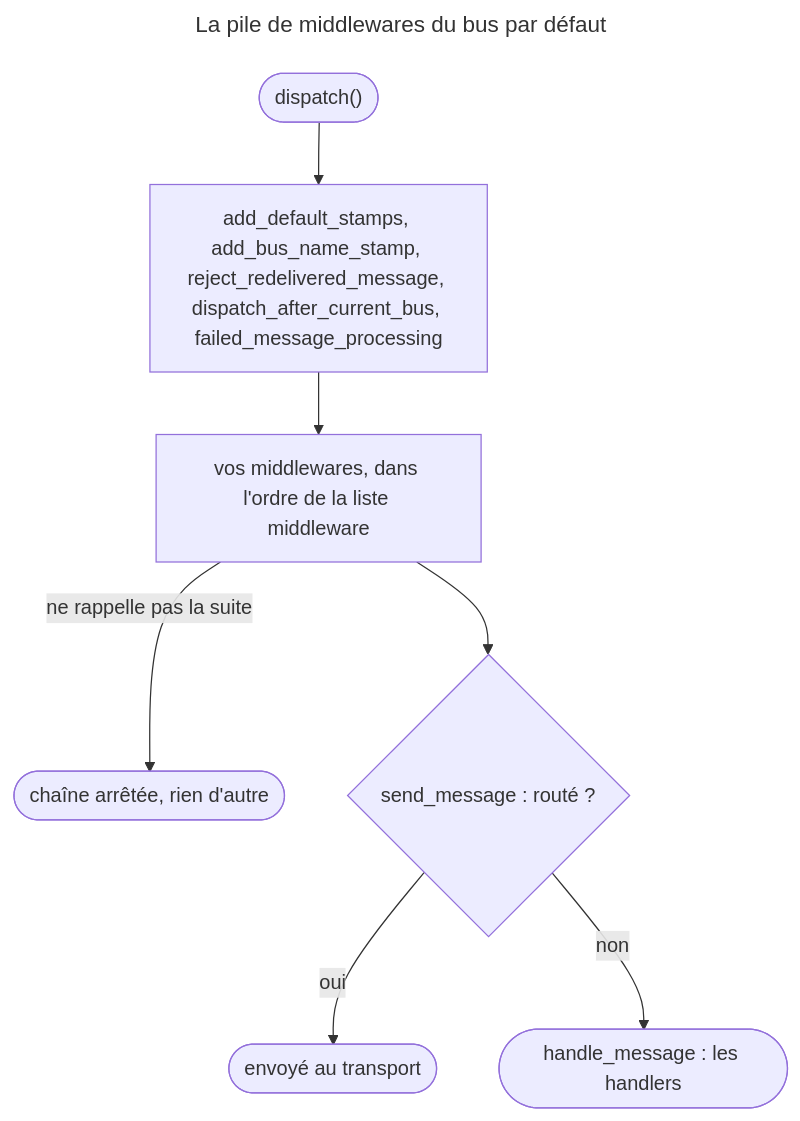
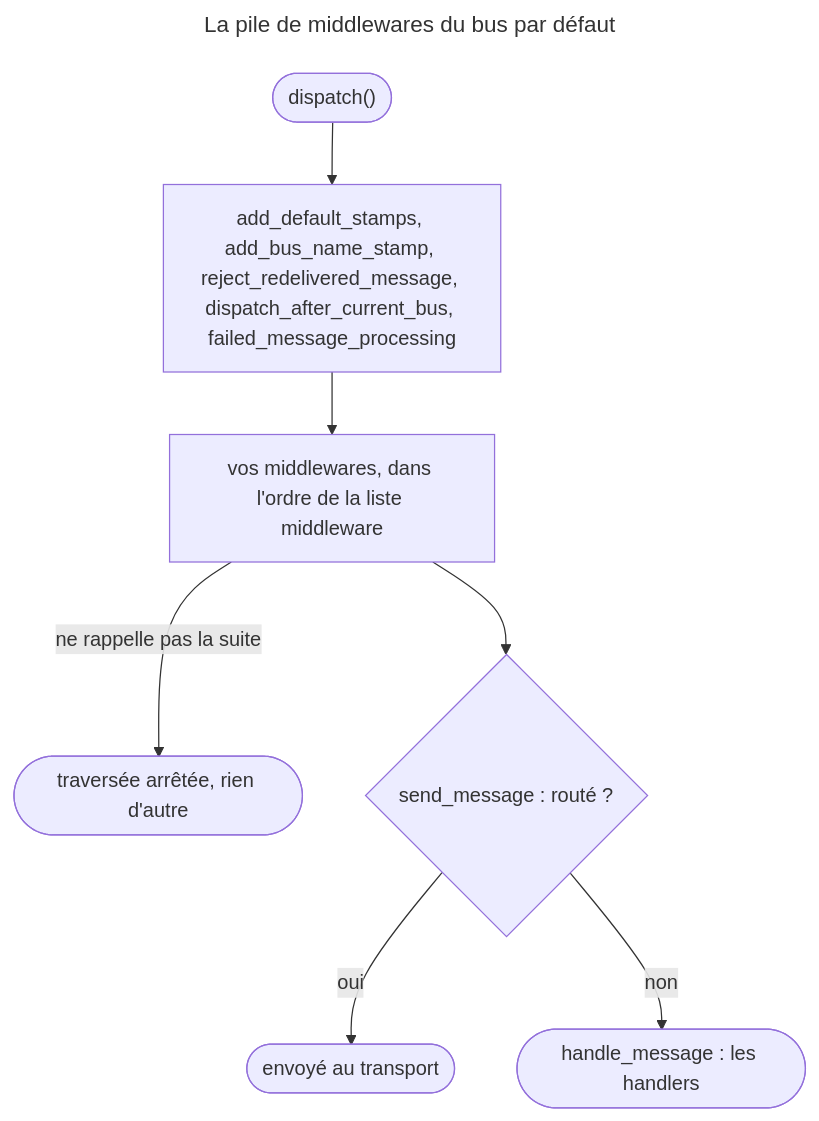
One commit to jasserYahyaoui/Symfony-8-Certification-Path changed the diagram in content/courses/CRS-h9bfar3cxyet.md. Above: the diagram before and after it, drawn with Mermaid. The commit also changed other lines of this file and 7 other files, not shown here.

````diff
--- a/content/courses/CRS-h9bfar3cxyet.md
+++ b/content/courses/CRS-h9bfar3cxyet.md
@@ -98,14 +98,14 @@
 ```mermaid
 ---
 title: La pile de middlewares du bus par défaut
 ---
 flowchart TD
   accTitle: L'ordre des middlewares que traverse un message dans le bus par défaut
-  accDescr: Le message traverse d'abord les middlewares par défaut qui posent des stamps et gèrent les cas particuliers, add_default_stamps, add_bus_name_stamp, reject_redelivered_message, dispatch_after_current_bus et failed_message_processing. Viennent ensuite les middlewares déclarés sous middleware, dans l'ordre de la liste. send_message envoie au transport si le message est routé, et la chaîne s'arrête alors. Sinon handle_message appelle les handlers. Un middleware qui ne rappelle pas la suite arrête la chaîne à sa place.
+  accDescr: Le message traverse d'abord les middlewares par défaut qui posent des stamps et gèrent les cas particuliers, add_default_stamps, add_bus_name_stamp, reject_redelivered_message, dispatch_after_current_bus et failed_message_processing. Viennent ensuite les middlewares déclarés sous middleware, dans l'ordre de la liste. send_message envoie au transport si le message est routé, et la traversée s'arrête alors. Sinon handle_message appelle les handlers. Un middleware qui ne rappelle pas la suite arrête la traversée à sa place.
   IN(["dispatch()"]) --> DEF["add_default_stamps, add_bus_name_stamp, reject_redelivered_message, dispatch_after_current_bus, failed_message_processing"]
   DEF --> MINE["vos middlewares, dans l'ordre de la liste middleware"]
-  MINE -->|"ne rappelle pas la suite"| STOP(["chaîne arrêtée, rien d'autre"])
+  MINE -->|"ne rappelle pas la suite"| STOP(["traversée arrêtée, rien d'autre"])
   MINE --> SEND{"send_message : routé ?"}
   SEND -->|"oui"| SENT(["envoyé au transport"])
   SEND -->|"non"| HANDLE(["handle_message : les handlers"])
 ```
````
